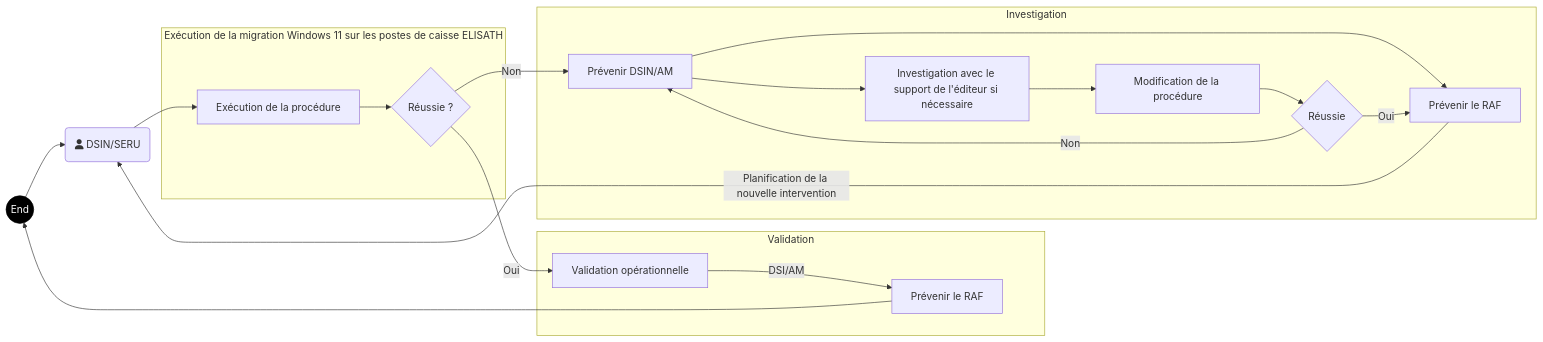
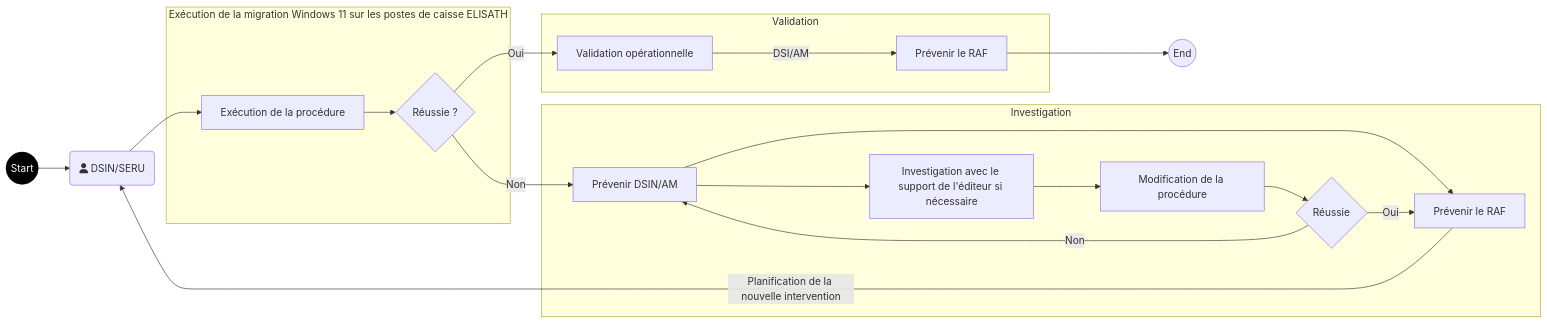
The diagram in all/Flux de validation.md (fdadda/iodraw-files), drawn with Mermaid before and after one commit.

Commit message:
2026-05-12 09:36:33 update

````diff
--- a/all/Flux de validation.md
+++ b/all/Flux de validation.md
@@ -1,28 +1,28 @@
 ```mermaid
 flowchart LR
 
     Point((Start)) --> A
     classDef startStyle fill:#000,stroke:#000,color:#fff
     class Point startStyle
     A(fa:fa-user DSIN/SERU) --> B[Exécution de la procédure]
     subgraph Exécution de la migration Windows 11 sur les postes de caisse ELISATH
     B --> C{Réussie ?}
     end
     subgraph Validation
         C -- Oui --> D[Validation opérationnelle]
         D -- DSI/AM --> J[Prévenir le RAF]
         
     end
-    J --> Point((End)):::startStyle
+    J --> End((End)) 
     subgraph Investigation
         C -- Non --> E[Prévenir DSIN/AM]
         E --> F[Prévenir le RAF]
         E --> G[Investigation avec le support de l'éditeur si nécessaire]
         G --> H[Modification de la procédure]
         H --> I{Réussie}
         I -- Oui --> F
         I -- Non --> E
     end
     F -- Planification de la nouvelle intervention --> A
     
 ```
````
